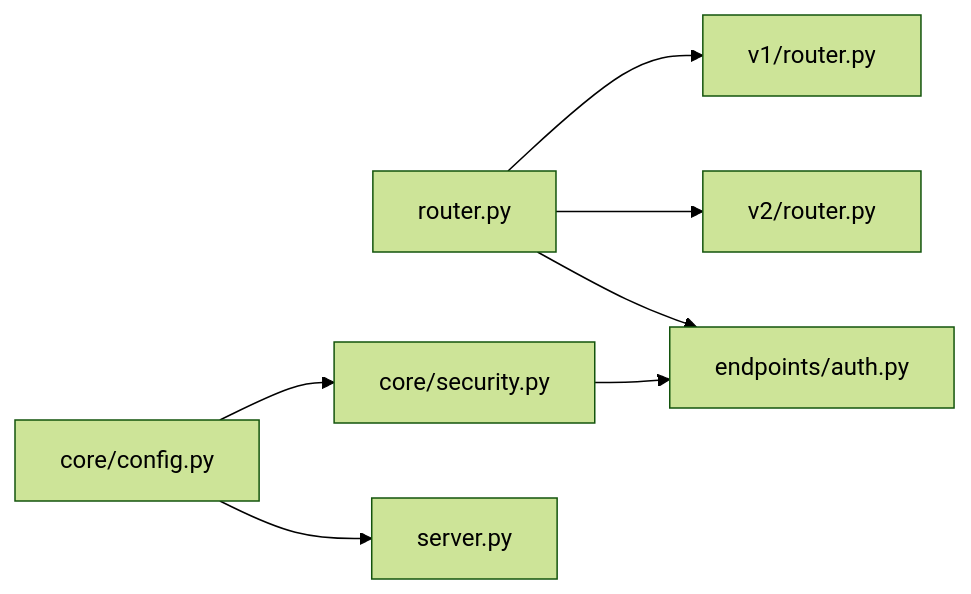
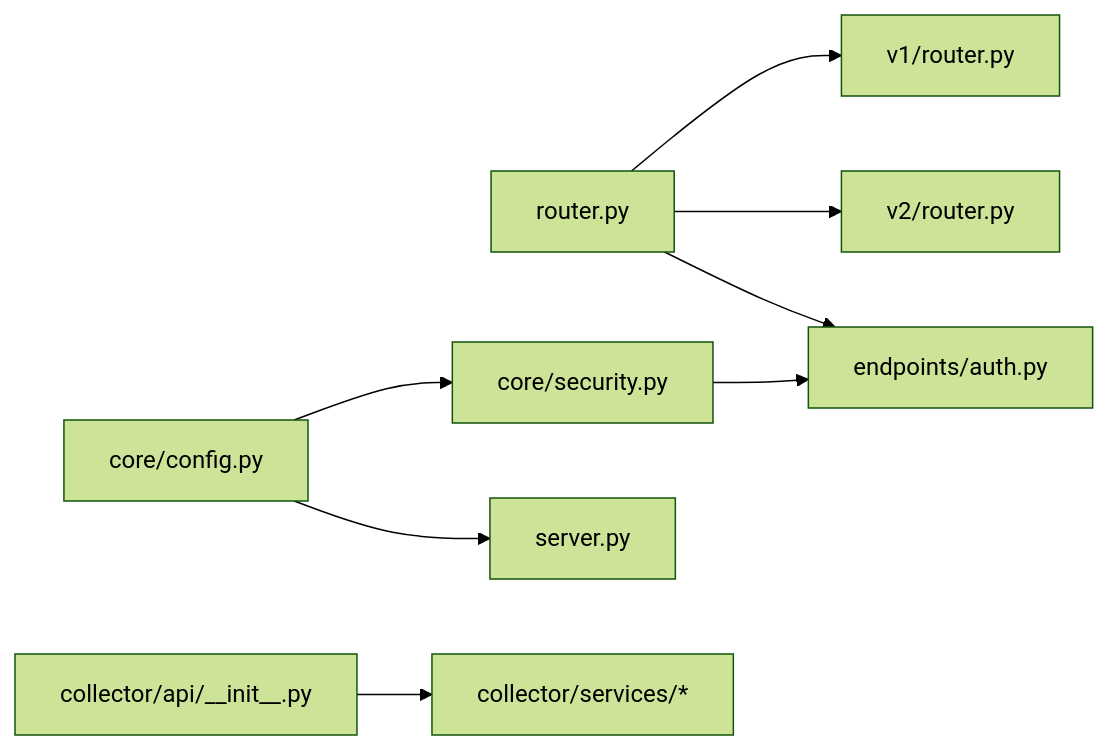
Before and after one commit to dream-ze/AI_huoke-: the ninth of 9 diagrams in .qoder/repowiki/zh/content/后端服务架构/API路由系统.md, drawn with Mermaid (forest theme). The commit also changed other lines of this file and 52 other files, not shown here.

````diff
--- a/.qoder/repowiki/zh/content/后端服务架构/API路由系统.md
+++ b/.qoder/repowiki/zh/content/后端服务架构/API路由系统.md
@@ -289,9 +403,10 @@
 ```mermaid
 graph LR
 ROUTER["router.py"] --> V1R["v1/router.py"]
 ROUTER --> V2R["v2/router.py"]
 ROUTER --> AUTH["endpoints/auth.py"]
 SECURITY["core/security.py"] --> AUTH
 CONFIG["core/config.py"] --> SECURITY
 CONFIG --> SERVER["server.py"]
+COLLECT_API["collector/api/__init__.py"] --> COLLECT_SERVICE["collector/services/*"]
 ```
````
